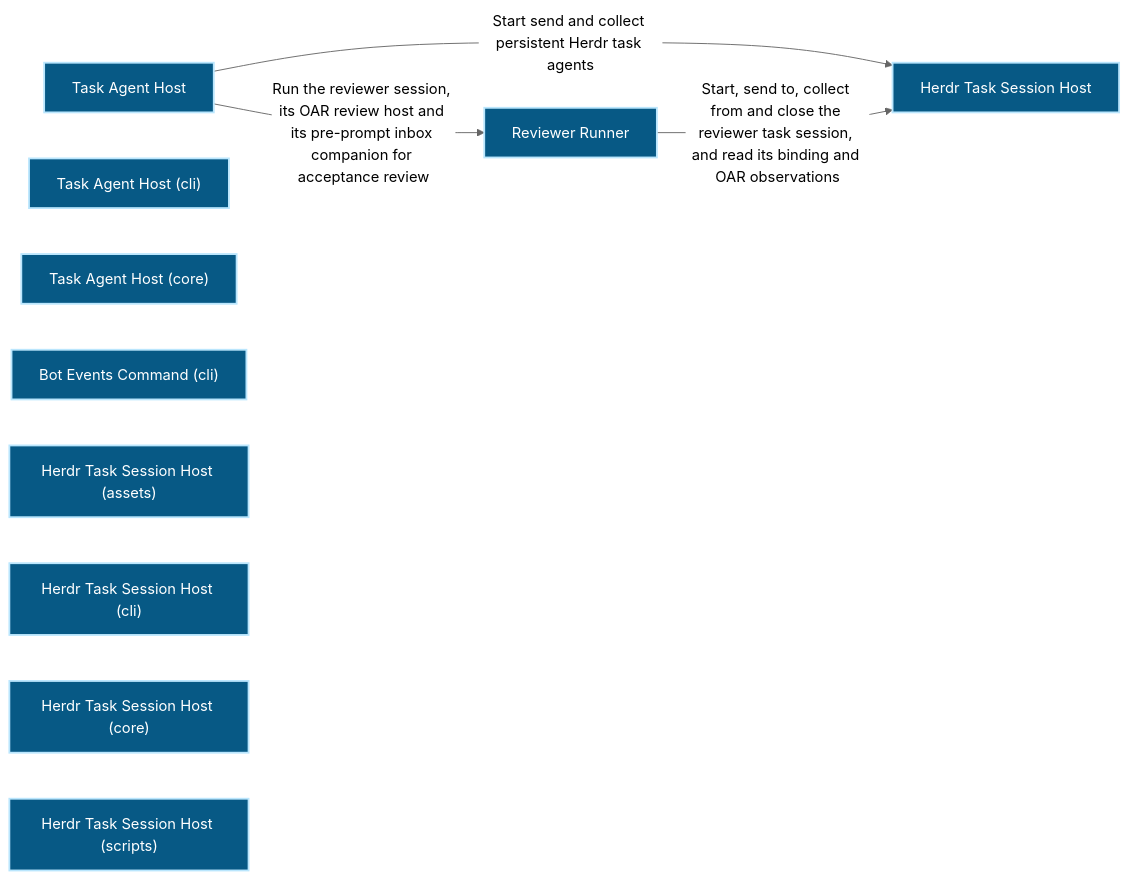
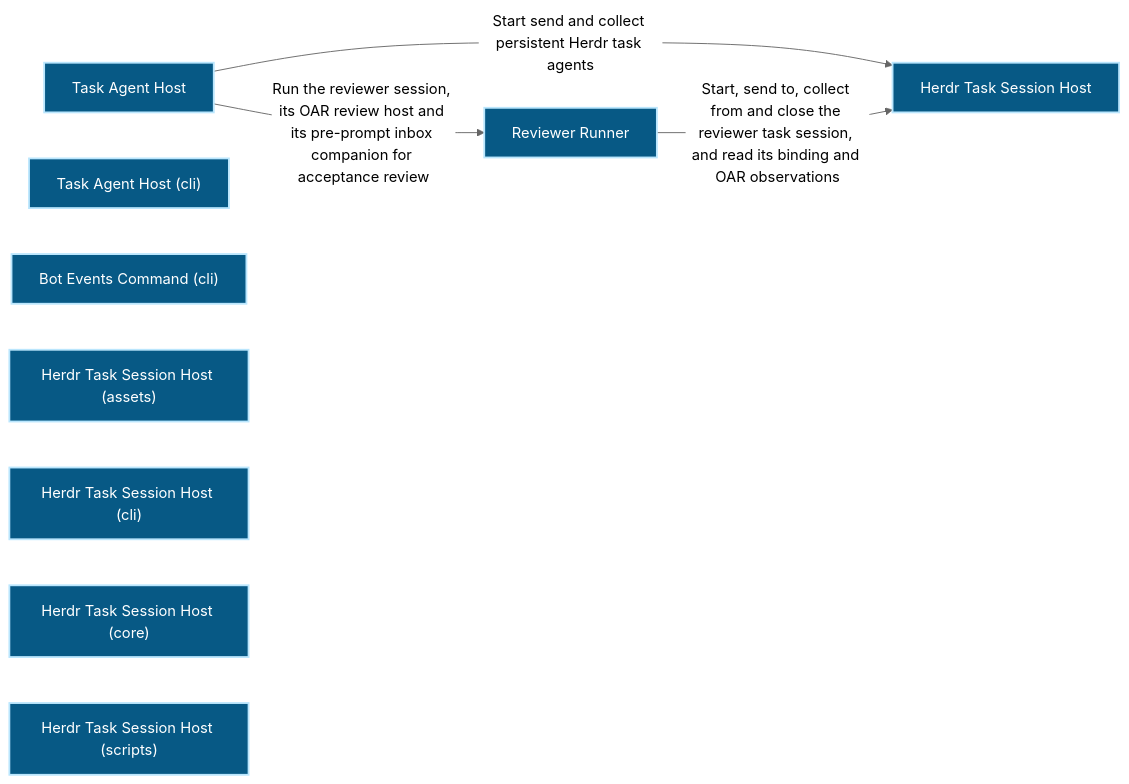
The first of 2 diagrams in docs/architecture/modules/runtime-harness/task-agent-host.md (Ancienttwo/repo-harness), drawn with Mermaid (neutral theme) before and after one commit. The commit also changed other lines of this file and 4 other files, not shown here.

First line of the commit message:
docs(architecture): project the herdr-core model and correct the collector hc reads (#1483, #1532)

````diff
--- a/docs/architecture/modules/runtime-harness/task-agent-host.md
+++ b/docs/architecture/modules/runtime-harness/task-agent-host.md
@@ -16,20 +16,19 @@
 ```mermaid
 flowchart LR
   p1_capability_runtime_harness_task_agent_host_d81dadb6["Task Agent Host"]:::component
   p1_component_task_agent_host_cli_layer_209be438["Task Agent Host (cli)"]:::component
-  p1_component_task_agent_host_core_layer_b57e2a37["Task Agent Host (core)"]:::component
   p1_component_task_agent_host_events_cli_05ad084f["Bot Events Command (cli)"]:::component
   p1_component_task_agent_host_primary_d8453f09["Herdr Task Session Host"]:::component
   p1_component_task_agent_host_primary_assets_5212098e["Herdr Task Session Host (assets)"]:::component
   p1_component_task_agent_host_primary_cli_1076e150["Herdr Task Session Host (cli)"]:::component
   p1_component_task_agent_host_primary_core_a2a0dfb5["Herdr Task Session Host (core)"]:::component
   p1_component_task_agent_host_primary_scripts_e0855c5f["Herdr Task Session Host (scripts)"]:::component
   p1_component_task_agent_host_review_runner_c2379e1e["Reviewer Runner"]:::component
   p1_capability_runtime_harness_task_agent_host_d81dadb6 -->|"Start send and collect persistent Herdr task agents"| p1_component_task_agent_host_primary_d8453f09
   p1_capability_runtime_harness_task_agent_host_d81dadb6 -->|"Run the reviewer session#44; its OAR review host and its pre-prompt inbox companion for acceptance review"| p1_component_task_agent_host_review_runner_c2379e1e
   p1_component_task_agent_host_review_runner_c2379e1e -->|"Start#44; send to#44; collect from and close the reviewer task session#44; and read its binding and OAR observations"| p1_component_task_agent_host_primary_d8453f09
   classDef actor fill:#111827,color:#ffffff,stroke:#f9fafb,stroke-width:2px
   classDef component fill:#075985,color:#ffffff,stroke:#bae6fd,stroke-width:2px
   classDef datastore fill:#3f6212,color:#ffffff,stroke:#d9f99d,stroke-width:2px
   classDef external fill:#7c2d12,color:#ffffff,stroke:#fed7aa,stroke-width:2px
 ```
````
